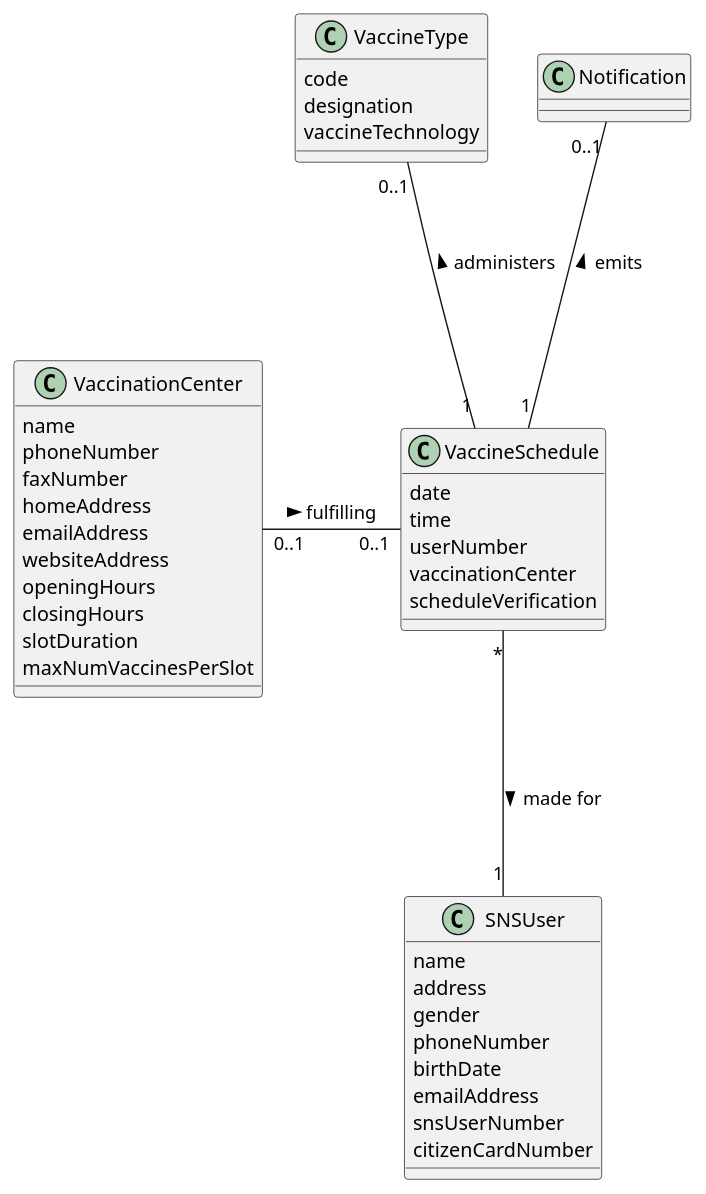
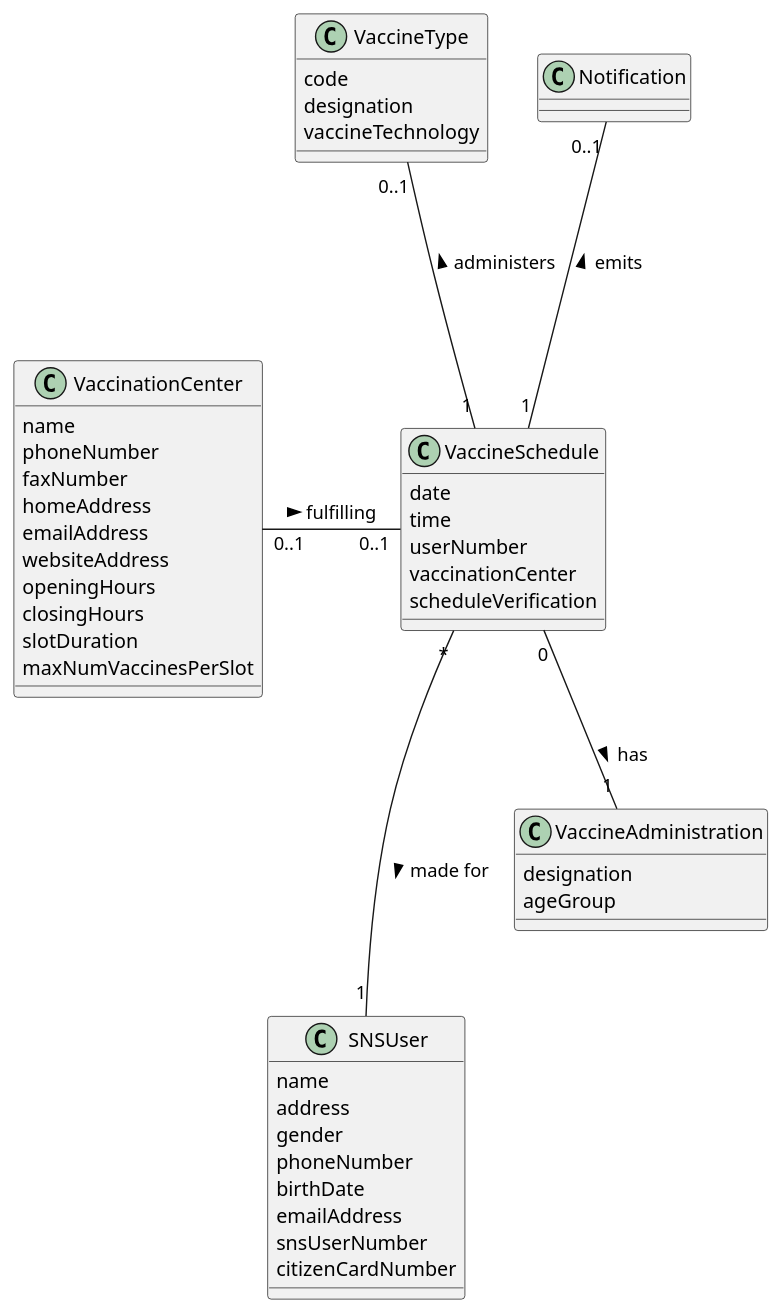
The diagram in docs/SprintC/US1/US1_DM.puml (diogonapoles/isep-lapr2), drawn with PlantUML before and after one commit. The commit also changed 8 other files, not shown here.

```diff
--- a/docs/SprintC/US1/US1_DM.puml
+++ b/docs/SprintC/US1/US1_DM.puml
@@ -1,51 +1,58 @@
 @startuml
 'https://plantuml.com/sequence-diagram
 
 class VaccineSchedule{
 date
 time
 userNumber
 vaccinationCenter
 scheduleVerification
 }
 
 class Notification
 
 class SNSUser{
 name
 address
 gender
 phoneNumber
 birthDate
 emailAddress
 snsUserNumber
 citizenCardNumber
 }
 
 class VaccineType{
 code
 designation
 vaccineTechnology
 }
 
 class VaccinationCenter{
 name
 phoneNumber
 faxNumber
 homeAddress
 emailAddress
 websiteAddress
 openingHours
 closingHours
 slotDuration
 maxNumVaccinesPerSlot
 }
 
+class VaccineAdministration{
+designation
+ageGroup
+}
+
 
 VaccinationCenter "0..1" -right- "0..1" VaccineSchedule : > fulfilling
 
 VaccineSchedule "1" -up-- "0..1" Notification : emits >
 
 VaccineSchedule "*" -down-- "1" SNSUser : made for >
 VaccineSchedule "1" -up-- "0..1" VaccineType : administers >
+
+VaccineSchedule "0" -- "1" VaccineAdministration : has >
 @enduml
```
